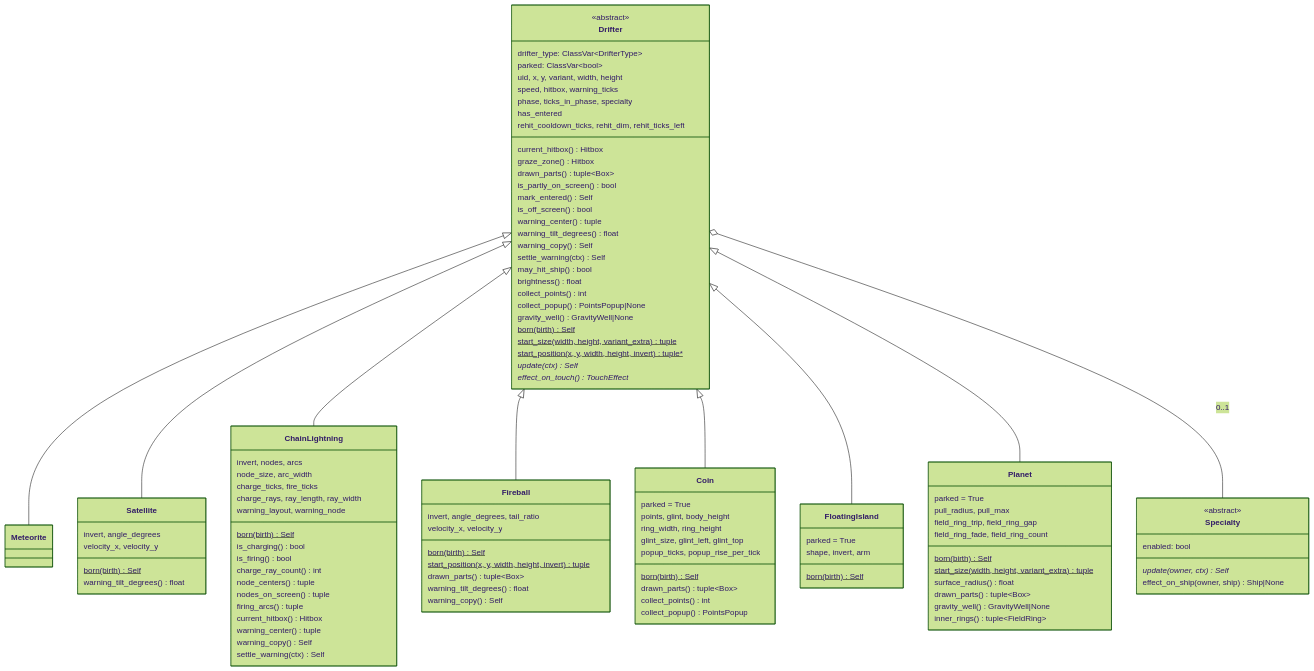
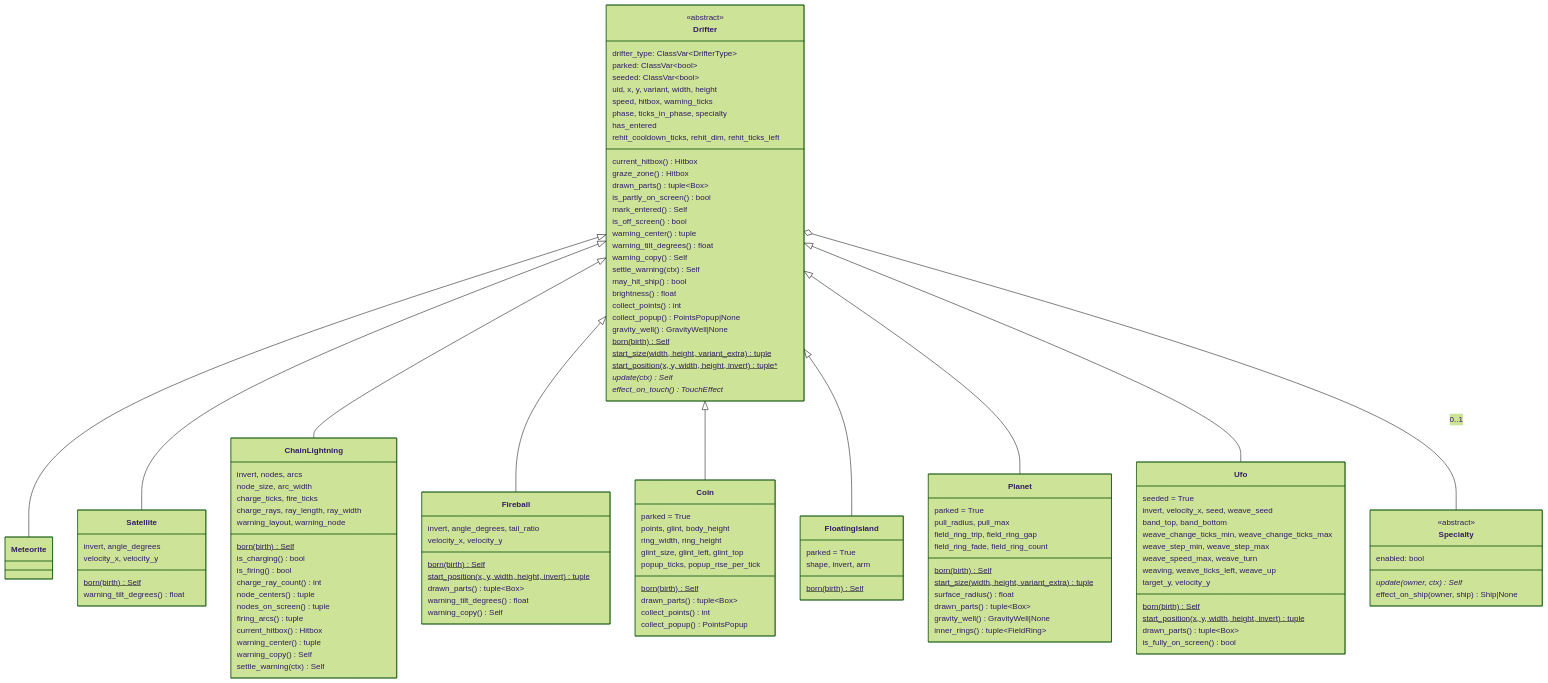
The first of 7 diagrams in docs/contracts/systems/drifters.md (david-mntl/driftward-ace), drawn with Mermaid (forest theme) before and after one commit. The commit also changed other lines of this file and 13 other files, not shown here.

Commit message:
docs(contracts): add DRA-104 UFO tasks and tuning schema; update drifters, waves, run, app contracts and wave and debug spawn schemas

````diff
--- a/docs/contracts/systems/drifters.md
+++ b/docs/contracts/systems/drifters.md
@@ -48,6 +52,7 @@
     <<abstract>>
     drifter_type: ClassVar~DrifterType~
     parked: ClassVar~bool~
+    seeded: ClassVar~bool~
     uid, x, y, variant, width, height
     speed, hitbox, warning_ticks
     phase, ticks_in_phase, specialty
@@ -142,6 +147,20 @@
     gravity_well() GravityWell|None
     inner_rings() tuple~FieldRing~
   }
+  class Ufo {
+    seeded = True
+    invert, velocity_x, seed, weave_seed
+    band_top, band_bottom
+    weave_change_ticks_min, weave_change_ticks_max
+    weave_step_min, weave_step_max
+    weave_speed_max, weave_turn
+    weaving, weave_ticks_left, weave_up
+    target_y, velocity_y
+    born(birth)$ Self
+    start_position(x, y, width, height, invert)$ tuple
+    drawn_parts() tuple~Box~
+    is_fully_on_screen() bool
+  }
   Drifter <|-- Meteorite
   Drifter <|-- Satellite
   Drifter <|-- ChainLightning
@@ -149,5 +168,6 @@
   Drifter <|-- Coin
   Drifter <|-- FloatingIsland
   Drifter <|-- Planet
+  Drifter <|-- Ufo
   Drifter o-- Specialty : 0..1
 ```
````
